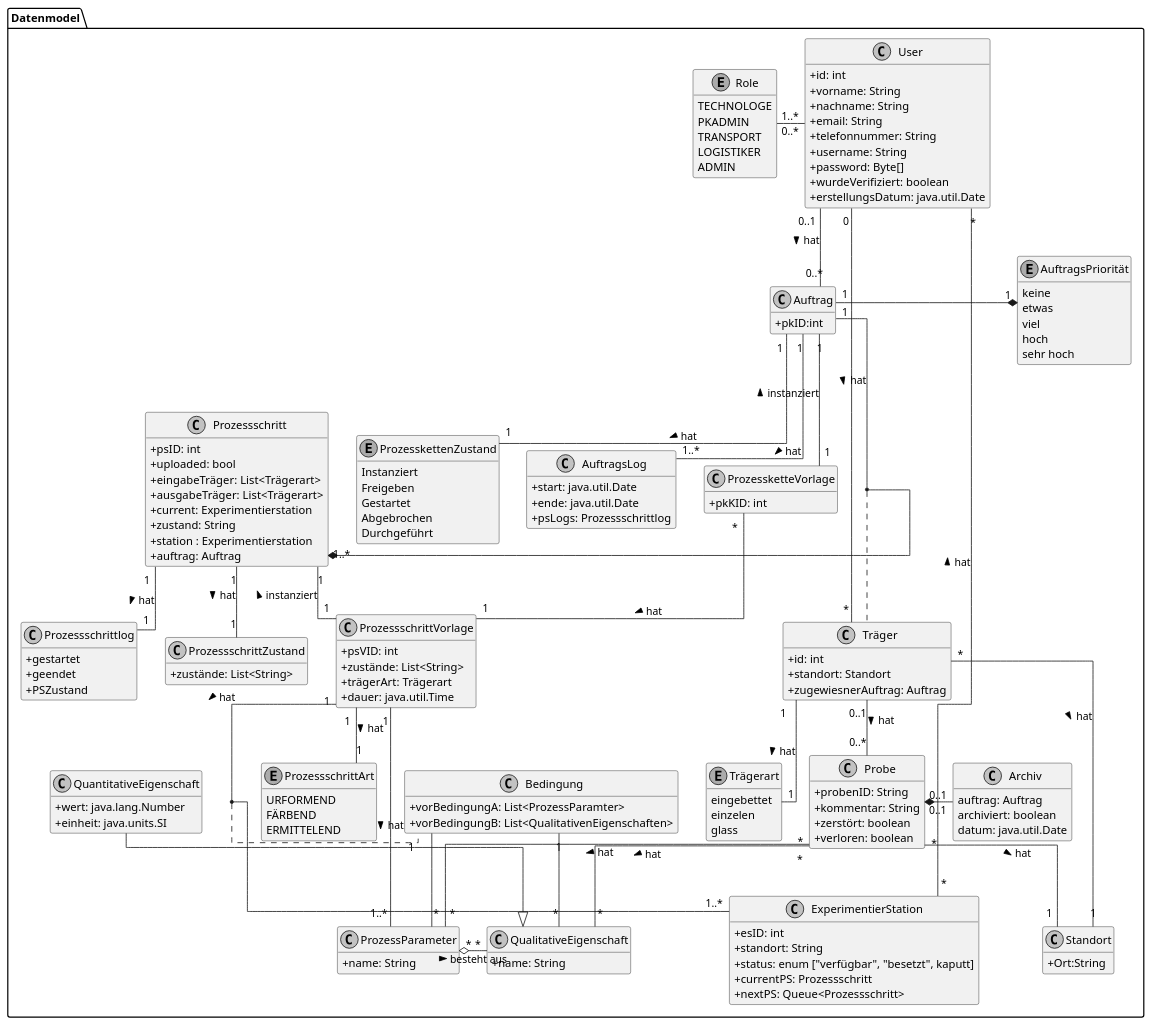
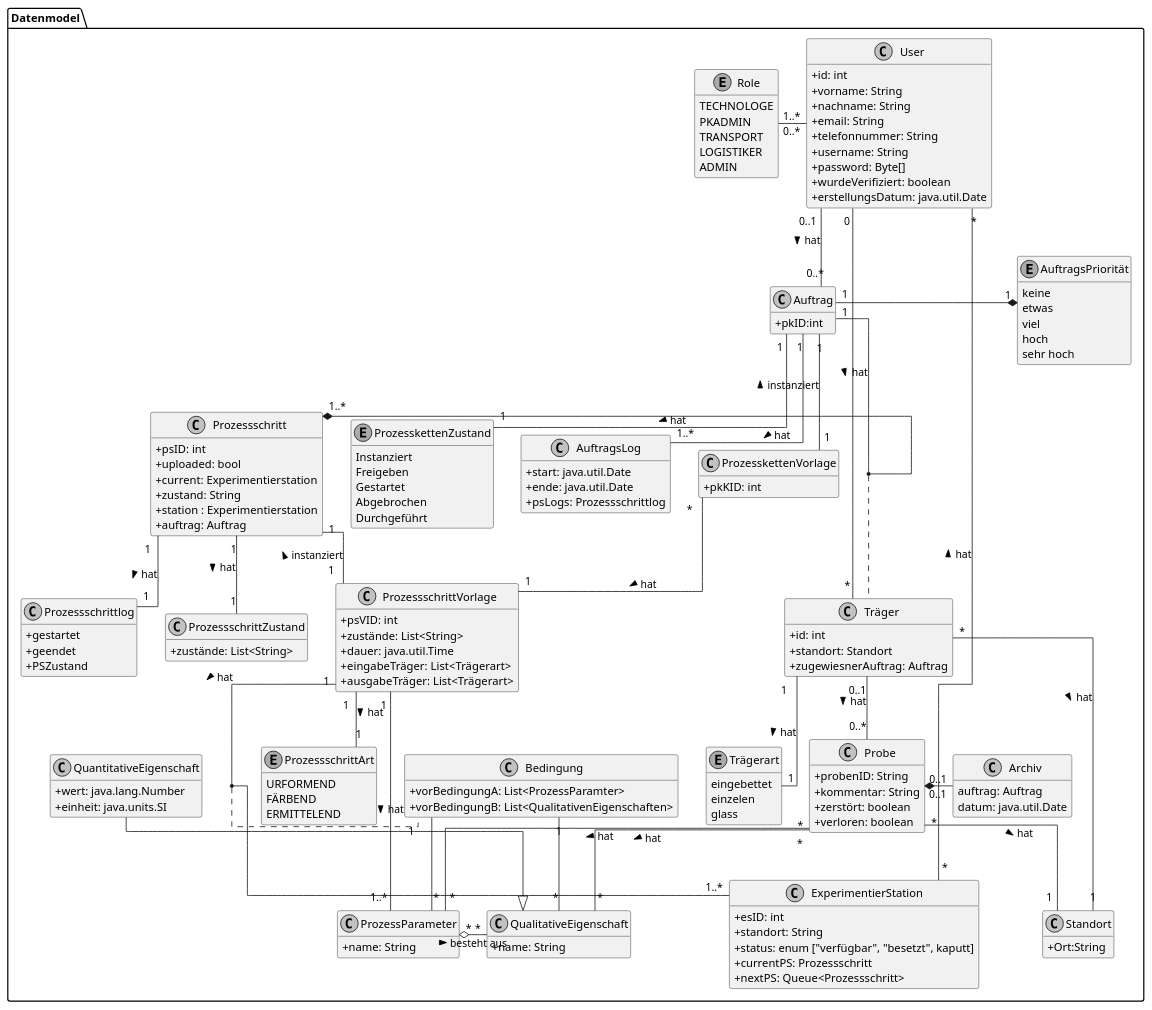
Before and after one commit to fkehlenb/softwareprojekt-2: the ninth of 9 diagrams in doc/UML/plantuml.org, drawn with PlantUML. The commit also changed other lines of this file and 2 other files, not shown here.

Commit message:
Text für modell und Freinheiten im Model

```diff
--- a/doc/UML/plantuml.org
+++ b/doc/UML/plantuml.org
@@ -249,7 +248,6 @@
 
 class Archiv {
 auftrag: Auftrag
-archiviert: boolean
 datum: java.util.Date
 }
 
@@ -265,8 +263,6 @@
 class "Prozessschritt" as ps {
   +psID: int
   +uploaded: bool
-  +eingabeTräger: List<Trägerart>
-  +ausgabeTräger: List<Trägerart>
   +current: Experimentierstation
   +zustand: String
   +station : Experimentierstation
@@ -286,8 +282,9 @@
 class "ProzessschrittVorlage" as psV {
   +psVID: int
   +zustände: List<String>
-  +trägerArt: Trägerart
   +dauer: java.util.Time
+  +eingabeTräger: List<Trägerart>
+  +ausgabeTräger: List<Trägerart>
 }
 
 enum ProzessschrittArt {
@@ -320,7 +317,7 @@
 sehr hoch
 }
 
-class "ProzessketteVorlage" as pkV {
+class "ProzesskettenVorlage" as pkV {
     +pkKID: int
 }
 
```
